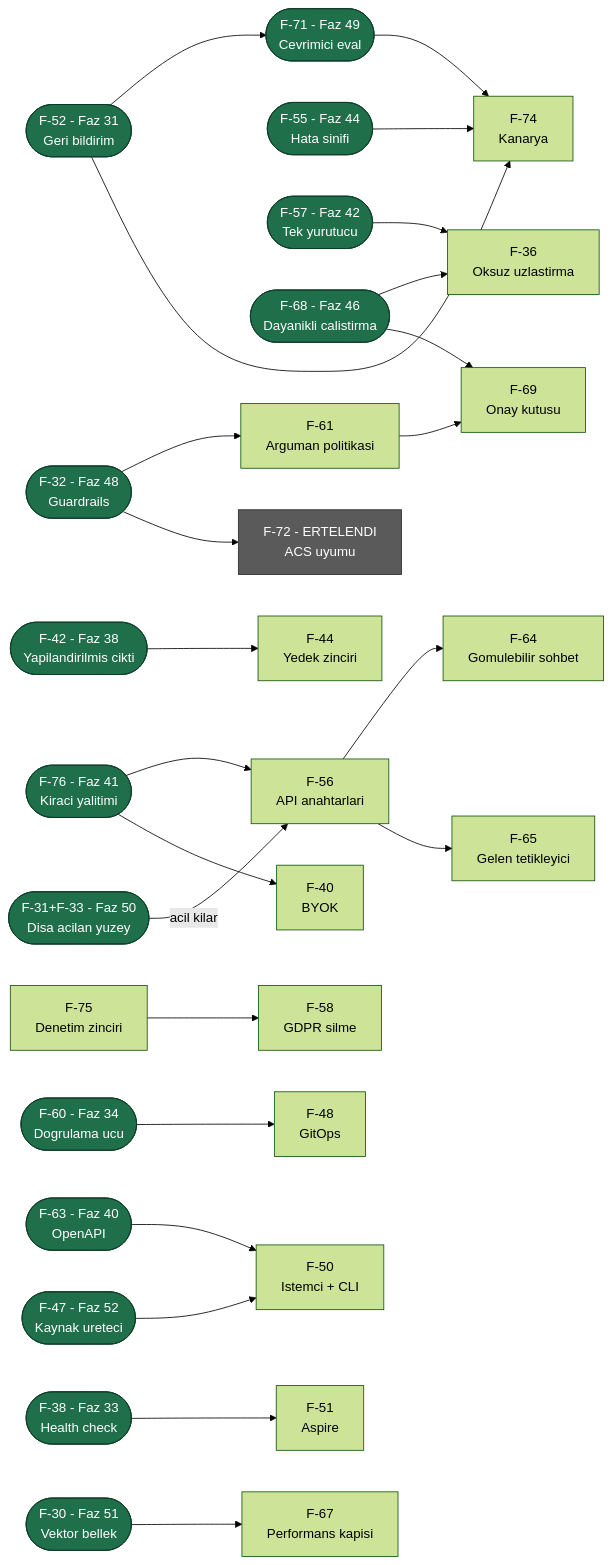
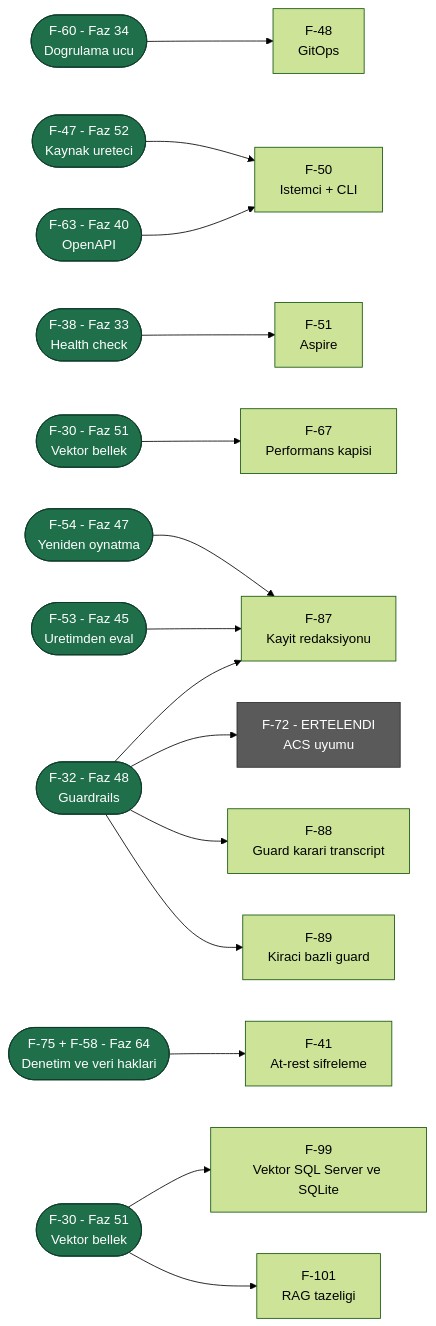
Before and after one commit to farukatasoy/Tracon: the diagram in docs/ADAYLAR.md, drawn with Mermaid (forest theme). The commit also changed other lines of this file and 28 other files, not shown here.

````diff
--- a/docs/ADAYLAR.md
+++ b/docs/ADAYLAR.md
@@ -929,33 +602,24 @@
 ```mermaid
 flowchart LR
-    F31p(["F-52 - Faz 31<br/>Geri bildirim"]) --> F49p(["F-71 - Faz 49<br/>Cevrimici eval"])
-    F44p(["F-55 - Faz 44<br/>Hata sinifi"]) --> F74["F-74<br/>Kanarya"]
-    F31p --> F74
-    F49p --> F74
-
-    F42p(["F-57 - Faz 42<br/>Tek yurutucu"]) --> F36["F-36<br/>Oksuz uzlastirma"]
-    F46p(["F-68 - Faz 46<br/>Dayanikli calistirma"]) --> F36
-    F46p --> F69["F-69<br/>Onay kutusu"]
-    F61["F-61<br/>Arguman politikasi"] --> F69
-    F48p(["F-32 - Faz 48<br/>Guardrails"]) --> F61
-    F48p --> F72["F-72 - ERTELENDI<br/>ACS uyumu"]
-
-    F38p(["F-42 - Faz 38<br/>Yapilandirilmis cikti"]) --> F44["F-44<br/>Yedek zinciri"]
-    F41p(["F-76 - Faz 41<br/>Kiraci yalitimi"]) --> F56["F-56<br/>API anahtarlari"]
-    F41p --> F40["F-40<br/>BYOK"]
-    F50p(["F-31+F-33 - Faz 50<br/>Disa acilan yuzey"]) -->|"acil kilar"| F56
-    F56 --> F64["F-64<br/>Gomulebilir sohbet"]
-    F56 --> F65["F-65<br/>Gelen tetikleyici"]
-    F75["F-75<br/>Denetim zinciri"] --> F58["F-58<br/>GDPR silme"]
-
     F34p(["F-60 - Faz 34<br/>Dogrulama ucu"]) --> F48["F-48<br/>GitOps"]
     F40p(["F-63 - Faz 40<br/>OpenAPI"]) --> F50["F-50<br/>Istemci + CLI"]
     F52p(["F-47 - Faz 52<br/>Kaynak ureteci"]) --> F50
     F33p(["F-38 - Faz 33<br/>Health check"]) --> F51["F-51<br/>Aspire"]
     F51p(["F-30 - Faz 51<br/>Vektor bellek"]) --> F67["F-67<br/>Performans kapisi"]
 
+    F48p(["F-32 - Faz 48<br/>Guardrails"]) --> F72["F-72 - ERTELENDI<br/>ACS uyumu"]
+    F48p --> F87["F-87<br/>Kayit redaksiyonu"]
+    F45p(["F-53 - Faz 45<br/>Uretimden eval"]) --> F87
+    F47p(["F-54 - Faz 47<br/>Yeniden oynatma"]) --> F87
+    F48p --> F88["F-88<br/>Guard karari transcript"]
+    F48p --> F89["F-89<br/>Kiraci bazli guard"]
+
+    F64p(["F-75 + F-58 - Faz 64<br/>Denetim ve veri haklari"]) --> F41["F-41<br/>At-rest sifreleme"]
+    F51pp(["F-30 - Faz 51<br/>Vektor bellek"]) --> F99["F-99<br/>Vektor SQL Server ve SQLite"]
+    F51pp --> F101["F-101<br/>RAG tazeligi"]
+
     classDef planlandi fill:#1f6f4a,stroke:#0d3b27,color:#ffffff
     classDef ertelendi fill:#5a5a5a,stroke:#2c2c2c,color:#ffffff
-    class F31p,F44p,F49p,F42p,F46p,F48p,F38p,F41p,F50p,F34p,F40p,F52p,F33p,F51p planlandi
+    class F34p,F40p,F52p,F33p,F51p,F48p,F45p,F47p,F64p,F51pp planlandi
     class F72 ertelendi
 ```
````
